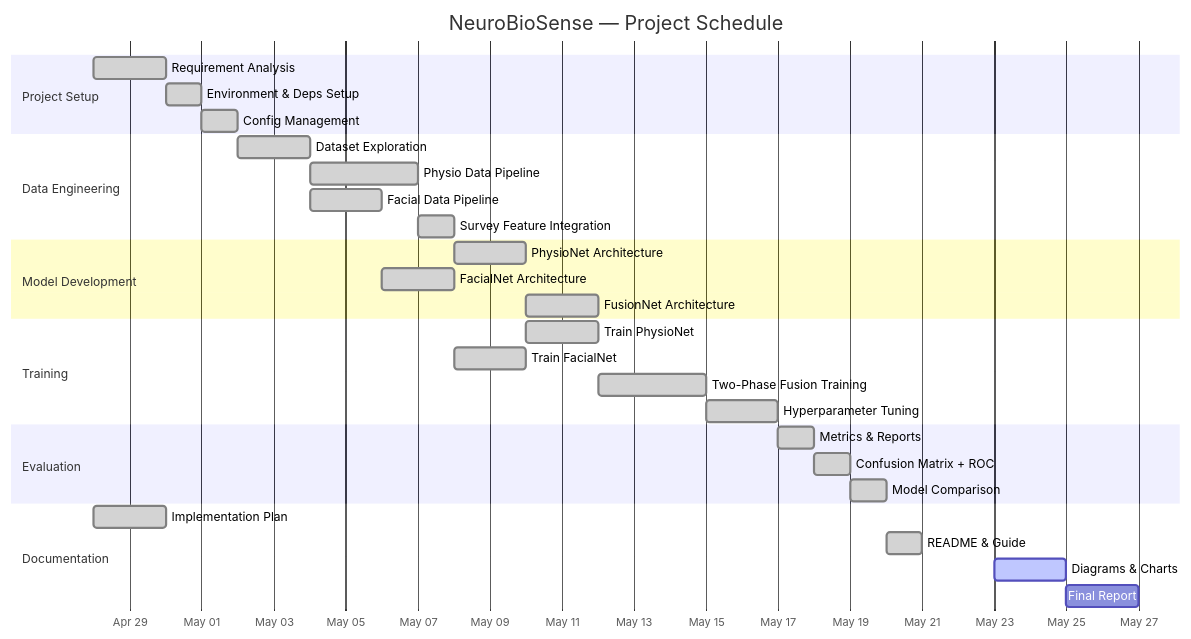
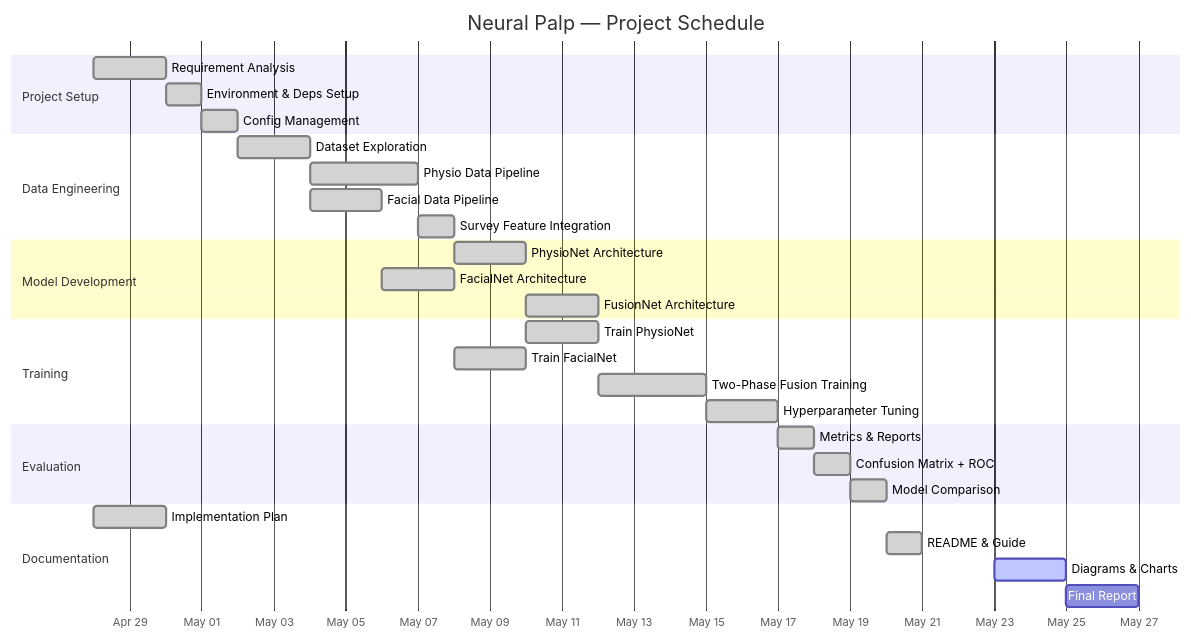
The seventh of 8 diagrams in project_diagrams.md (Yuvi-Sharma07/Capstone), drawn with Mermaid before and after one commit. The commit also changed other lines of this file and 2 other files, not shown here.

Commit message:
doc: rename project to Neural Palp and update wearable terminology

````diff
--- a/project_diagrams.md
+++ b/project_diagrams.md
@@ -338,39 +338,39 @@
 ```mermaid
 gantt
-    title NeuroBioSense — Project Schedule
+    title Neural Palp — Project Schedule
     dateFormat  YYYY-MM-DD
     axisFormat  %b %d
 
     section Project Setup
     Requirement Analysis          :done, t1, 2026-04-28, 2d
     Environment & Deps Setup      :done, t2, after t1, 1d
     Config Management             :done, t3, after t2, 1d
 
     section Data Engineering
     Dataset Exploration           :done, t4, after t3, 2d
     Physio Data Pipeline          :done, t5, after t4, 3d
     Facial Data Pipeline          :done, t6, after t4, 2d
     Survey Feature Integration    :done, t7, after t5, 1d
 
     section Model Development
     PhysioNet Architecture        :done, t8, after t7, 2d
     FacialNet Architecture        :done, t9, after t6, 2d
     FusionNet Architecture        :done, t10, after t8, 2d
 
     section Training
     Train PhysioNet               :done, t11, after t8, 2d
     Train FacialNet               :done, t12, after t9, 2d
     Two-Phase Fusion Training     :done, t13, after t10, 3d
     Hyperparameter Tuning         :done, t14, after t13, 2d
 
     section Evaluation
     Metrics & Reports             :done, t15, after t14, 1d
     Confusion Matrix + ROC        :done, t16, after t15, 1d
     Model Comparison              :done, t17, after t16, 1d
 
     section Documentation
     Implementation Plan           :done, t18, 2026-04-28, 2d
     README & Guide                :done, t19, after t17, 1d
     Diagrams & Charts             :active, t20, 2026-05-23, 2d
     Final Report                  :t21, after t20, 2d
 ```
````
